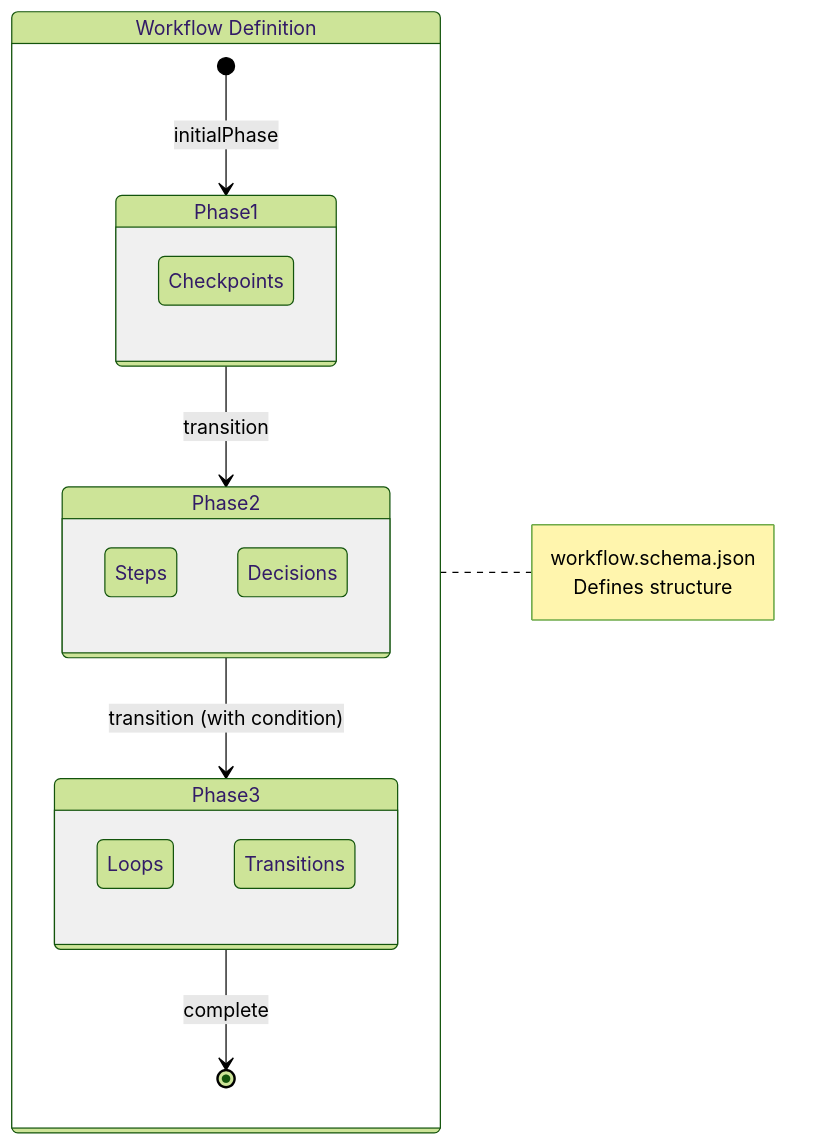
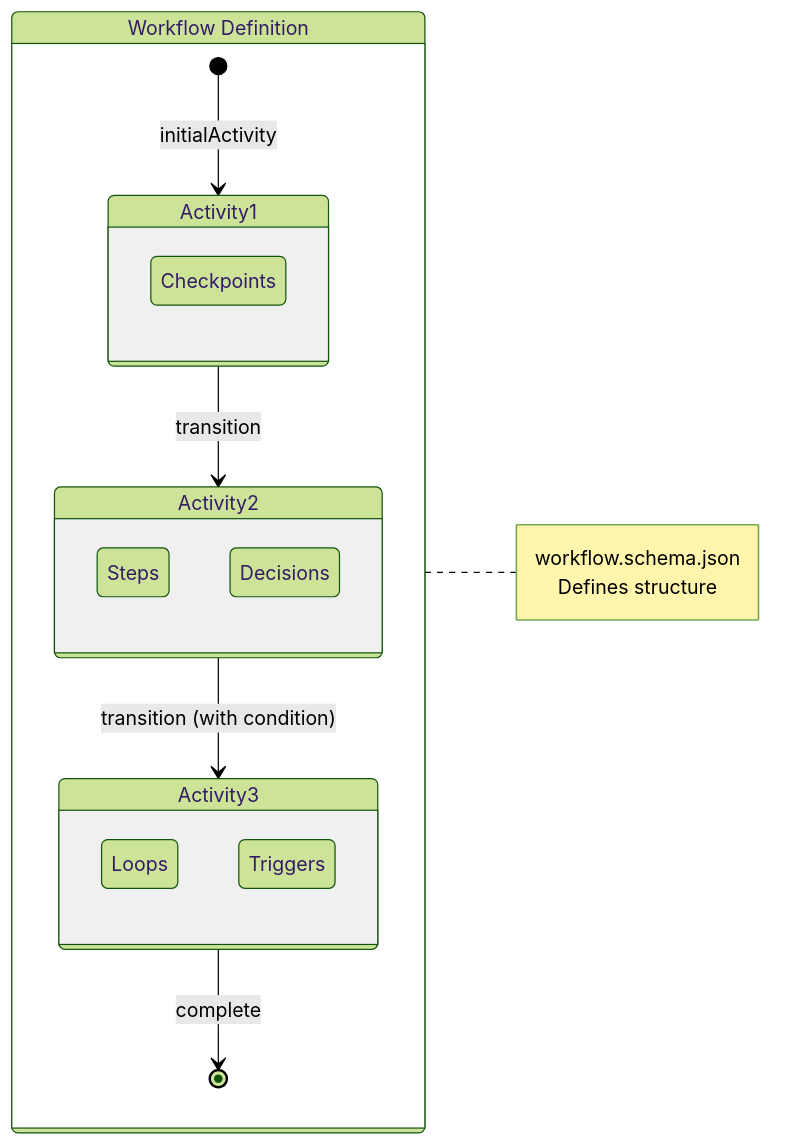
One commit to m2ux/workflow-server changed the first of 3 diagrams in schemas/README.md. Above: the diagram before and after it, drawn with Mermaid (forest theme). The commit also changed other lines of this file and 8 other files, not shown here.

First line of the commit message:
docs: update documentation and schemas for activity terminology

````diff
--- a/schemas/README.md
+++ b/schemas/README.md
@@ -25,29 +25,29 @@
 ```mermaid
 stateDiagram-v2
     direction LR
     
     state "Workflow Definition" as WD {
-        [*] --> Phase1: initialPhase
-        Phase1 --> Phase2: transition
-        Phase2 --> Phase3: transition (with condition)
-        Phase3 --> [*]: complete
+        [*] --> Activity1: initialActivity
+        Activity1 --> Activity2: transition
+        Activity2 --> Activity3: transition (with condition)
+        Activity3 --> [*]: complete
         
-        state Phase1 {
+        state Activity1 {
             Steps
             Checkpoints
         }
-        state Phase2 {
+        state Activity2 {
             Steps
             Decisions
         }
-        state Phase3 {
+        state Activity3 {
             Loops
-            Transitions
+            Triggers
         }
     }
     
     note right of WD
         workflow.schema.json
         Defines structure
     end note
 ```
````
